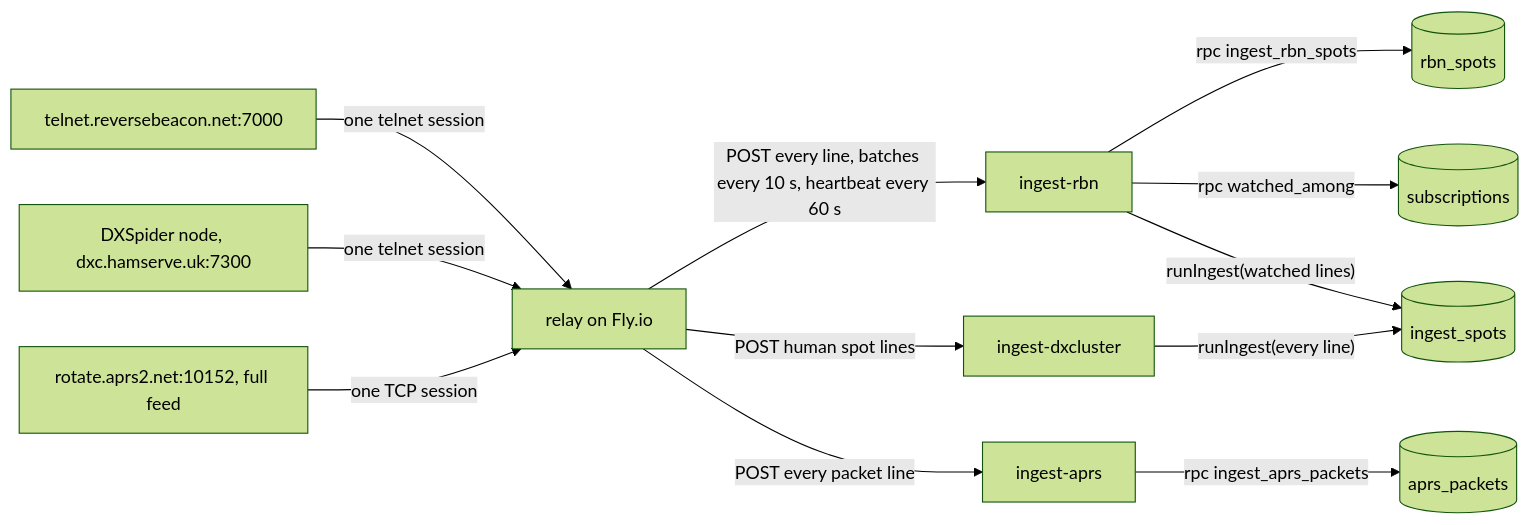
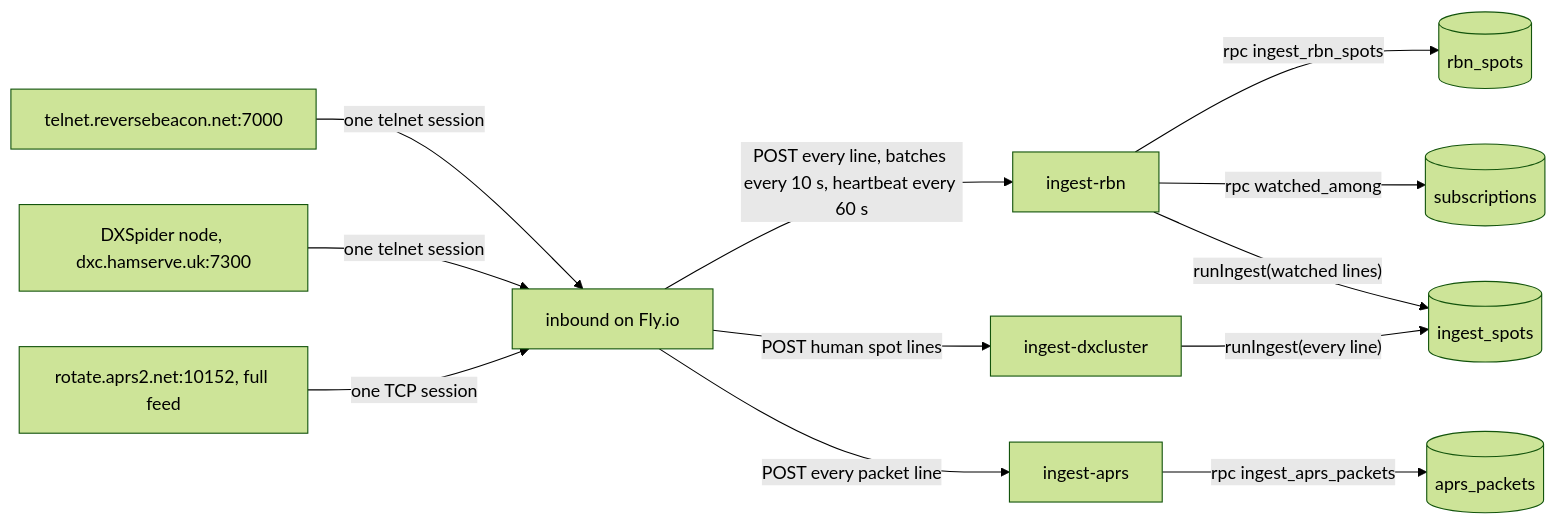
Before and after one commit to johnsonm/longlines: the sixth of 16 diagrams in docs/ARCHITECTURE.md, drawn with Mermaid (forest theme). The commit also changed other lines of this file and 102 other files, not shown here.

First line of the commit message:
Rename the relay to the inbound worker

````diff
--- a/docs/ARCHITECTURE.md
+++ b/docs/ARCHITECTURE.md
@@ -640,14 +640,14 @@
 ```mermaid
 flowchart LR
-  RBN[telnet.reversebeacon.net:7000] -- "one telnet session" --> R[relay on Fly.io]
+  RBN[telnet.reversebeacon.net:7000] -- "one telnet session" --> R[inbound on Fly.io]
   DXC[DXSpider node, dxc.hamserve.uk:7300] -- "one telnet session" --> R
   R -- "POST every line, batches every 10 s, heartbeat every 60 s" --> F[ingest-rbn]
   F -- "rpc ingest_rbn_spots" --> RS[(rbn_spots)]
   F -- "rpc watched_among" --> W[(subscriptions)]
   F -- "runIngest(watched lines)" --> RPC[(ingest_spots)]
   R -- "POST human spot lines" --> FD[ingest-dxcluster]
   FD -- "runIngest(every line)" --> RPC
   APRS[rotate.aprs2.net:10152, full feed] -- "one TCP session" --> R
   R -- "POST every packet line" --> FA[ingest-aprs]
   FA -- "rpc ingest_aprs_packets" --> AP[(aprs_packets)]
 ```
````
